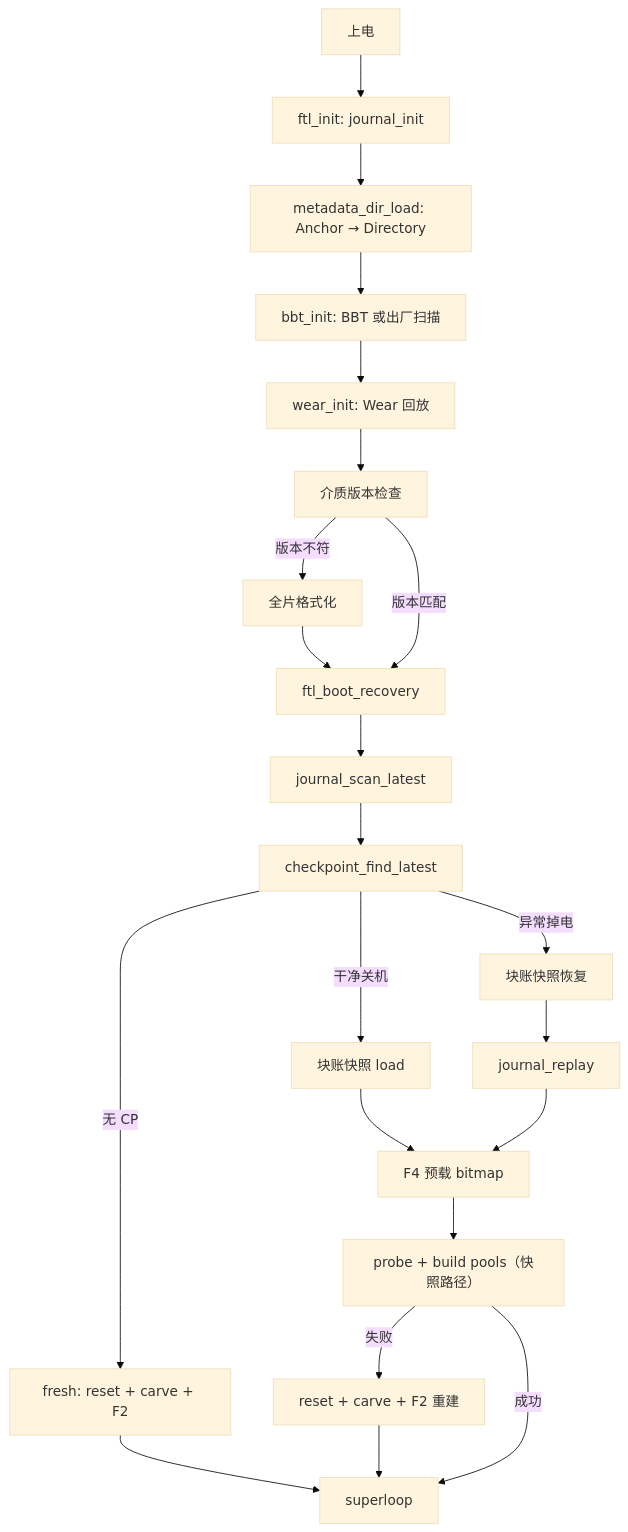
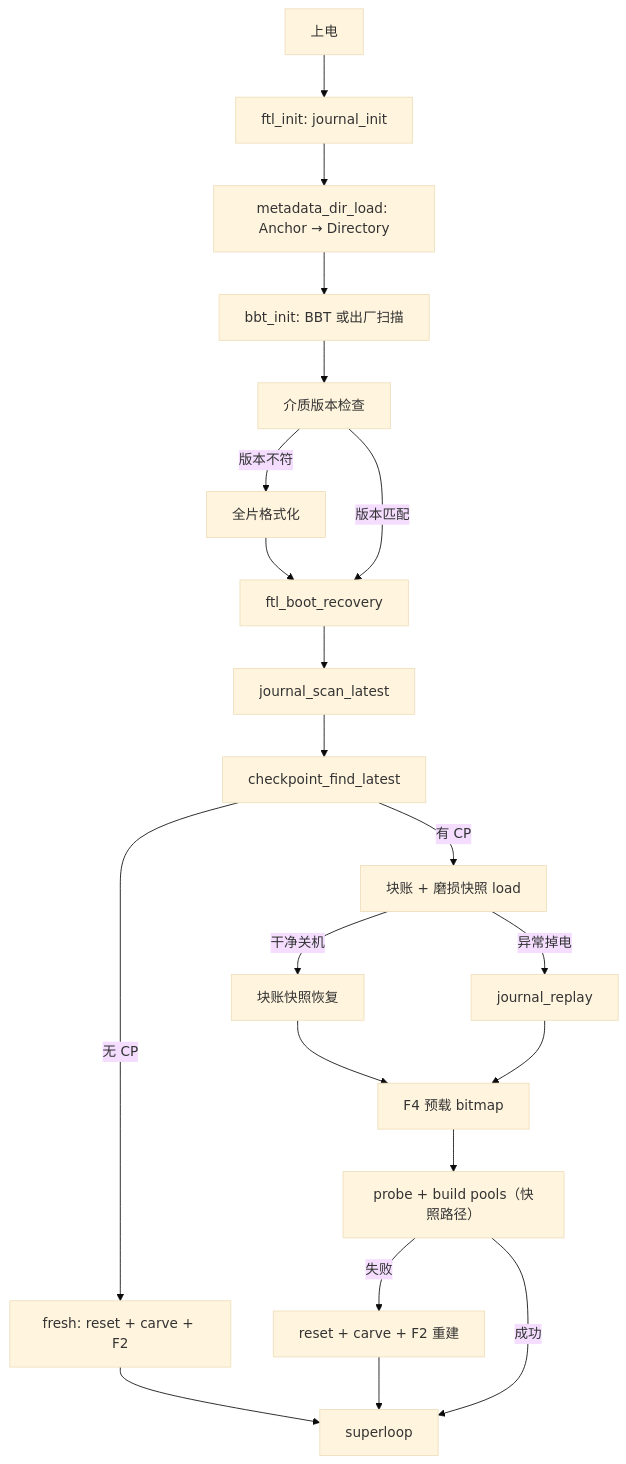
One commit to YzYMIAO/BASESSD changed the third of 32 diagrams in docs/design/ftl_design.md. Above: the diagram before and after it, drawn with Mermaid (base theme). The commit also changed other lines of this file and 26 other files, not shown here.

````diff
--- a/docs/design/ftl_design.md
+++ b/docs/design/ftl_design.md
@@ -760,24 +767,23 @@
 ```mermaid
 flowchart TD
     PWR["上电"] --> JI["ftl_init: journal_init"]
     JI --> MDL["metadata_dir_load: Anchor → Directory"]
     MDL --> BBTI["bbt_init: BBT 或出厂扫描"]
-    BBTI --> WI["wear_init: Wear 回放"]
-    WI --> VER["介质版本检查"]
+    BBTI --> VER["介质版本检查"]
     VER -- "版本不符" --> FMT["全片格式化"]
     VER -- "版本匹配" --> BR["ftl_boot_recovery"]
     FMT --> BR
     BR --> JS["journal_scan_latest"]
     JS --> CPF["checkpoint_find_latest"]
     CPF -- "无 CP" --> FRESH["fresh: reset + carve + F2"]
-    CPF -- "干净关机" --> CL["块账快照 load"]
-    CPF -- "异常掉电" --> BL["块账快照恢复"]
-    BL --> JR["journal_replay"]
+    CPF -- "有 CP" --> LS["块账 + 磨损快照 load"]
+    LS -- "干净关机" --> CL["块账快照恢复"]
+    LS -- "异常掉电" --> JR["journal_replay"]
     CL --> F4["F4 预载 bitmap"]
     JR --> F4
     F4 --> POOL["probe + build pools（快照路径）"]
     POOL -- "失败" --> FB["reset + carve + F2 重建"]
     POOL -- "成功" --> LOOP["superloop"]
     FRESH --> LOOP
     FB --> LOOP
 ```
````
